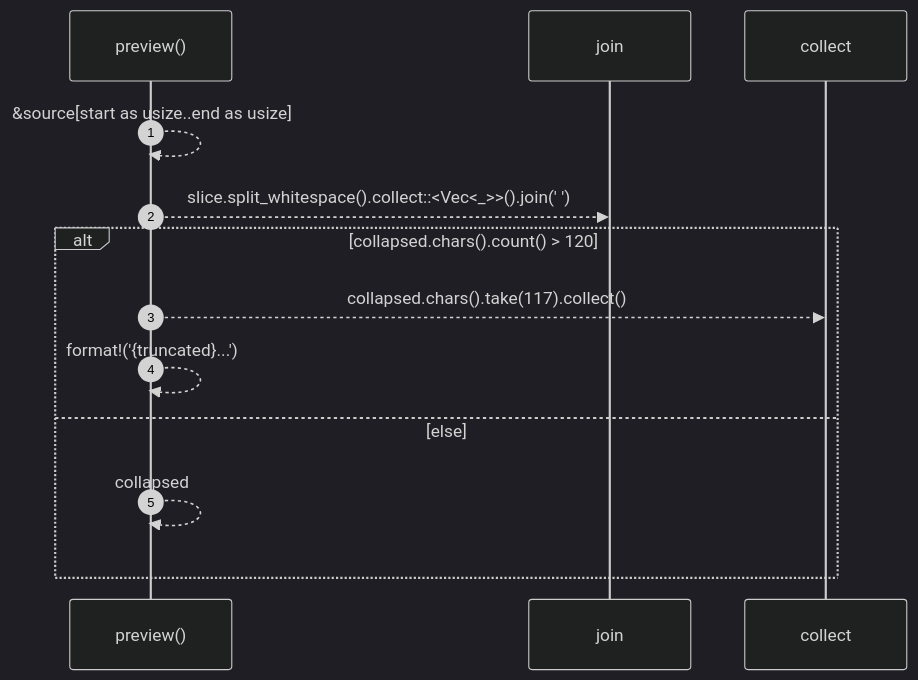
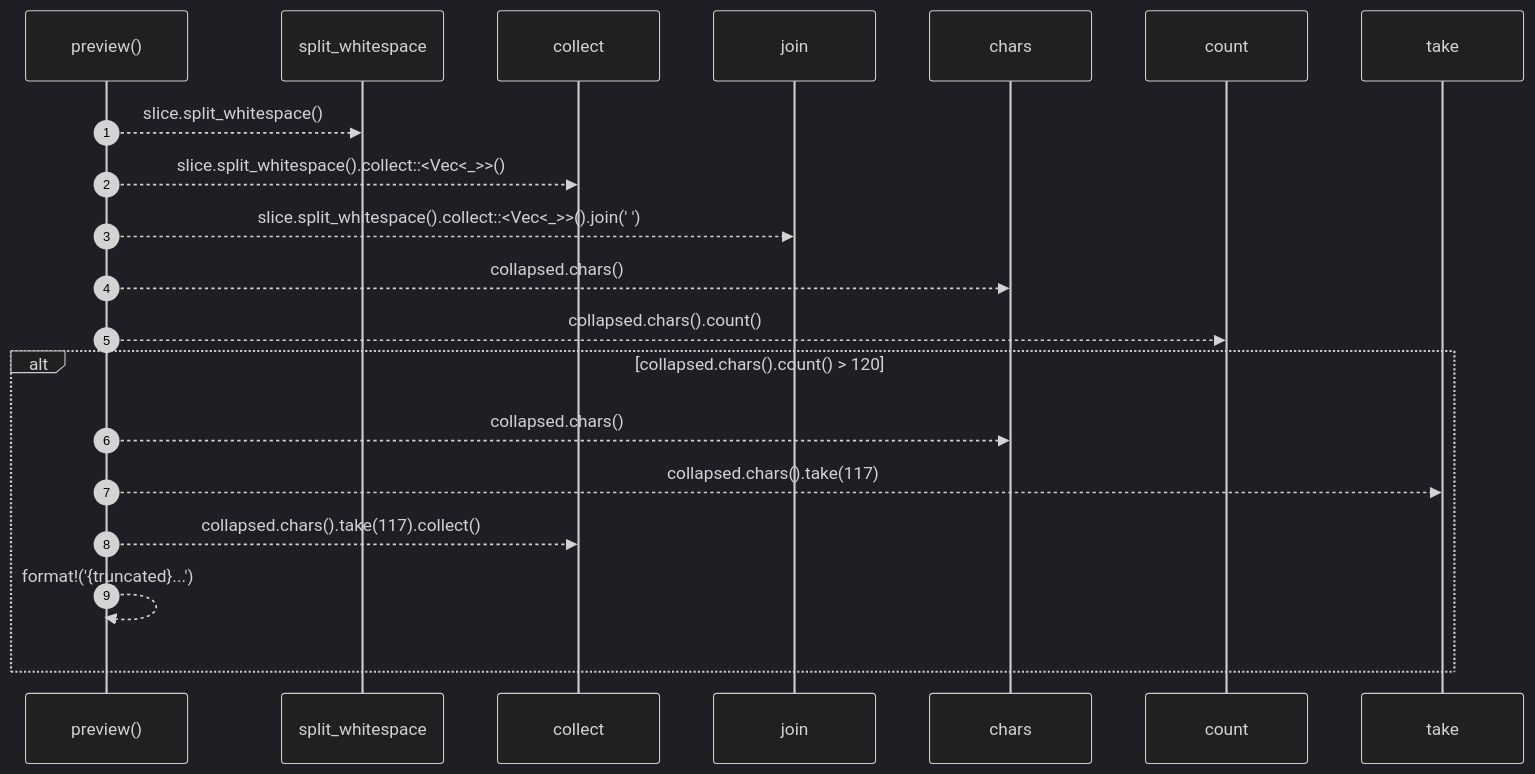
One commit to RyanGuild/self-describing-code changed the diagram in docs/self-model/robby_ir/coverage/preview.md. Above: the diagram before and after it, drawn with Mermaid (dark theme). The commit also changed other lines of this file and 1404 other files, not shown here.

````diff
--- a/docs/self-model/robby_ir/coverage/preview.md
+++ b/docs/self-model/robby_ir/coverage/preview.md
@@ -25,15 +25,22 @@
 ```mermaid
 sequenceDiagram
     autonumber
     participant preview as preview()
+    participant split_whitespace as split_whitespace
+    participant collect as collect
     participant join as join
-    participant collect as collect
-    preview-->>preview: &source[start as usize..end as usize]
+    participant chars as chars
+    participant count as count
+    participant take as take
+    preview-->>split_whitespace: slice.split_whitespace()
+    preview-->>collect: slice.split_whitespace().collect::<Vec<_>>()
     preview-->>join: slice.split_whitespace().collect::<Vec<_>>().join(' ')
+    preview-->>chars: collapsed.chars()
+    preview-->>count: collapsed.chars().count()
     alt collapsed.chars().count() > 120
+    preview-->>chars: collapsed.chars()
+    preview-->>take: collapsed.chars().take(117)
     preview-->>collect: collapsed.chars().take(117).collect()
     preview-->>preview: format!('{truncated}...')
-    else else
-    preview-->>preview: collapsed
     end
 ```
````
